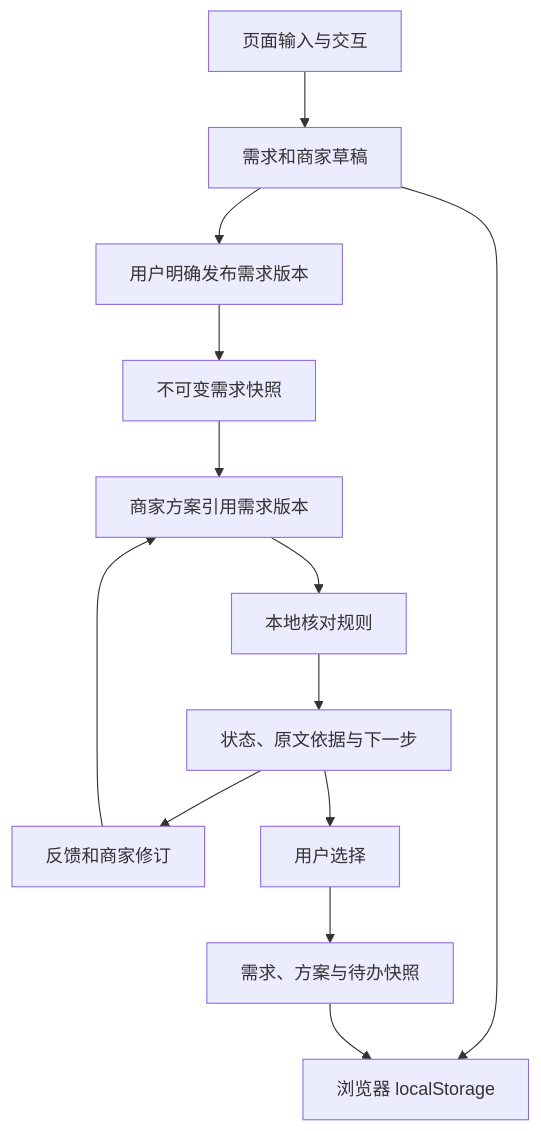
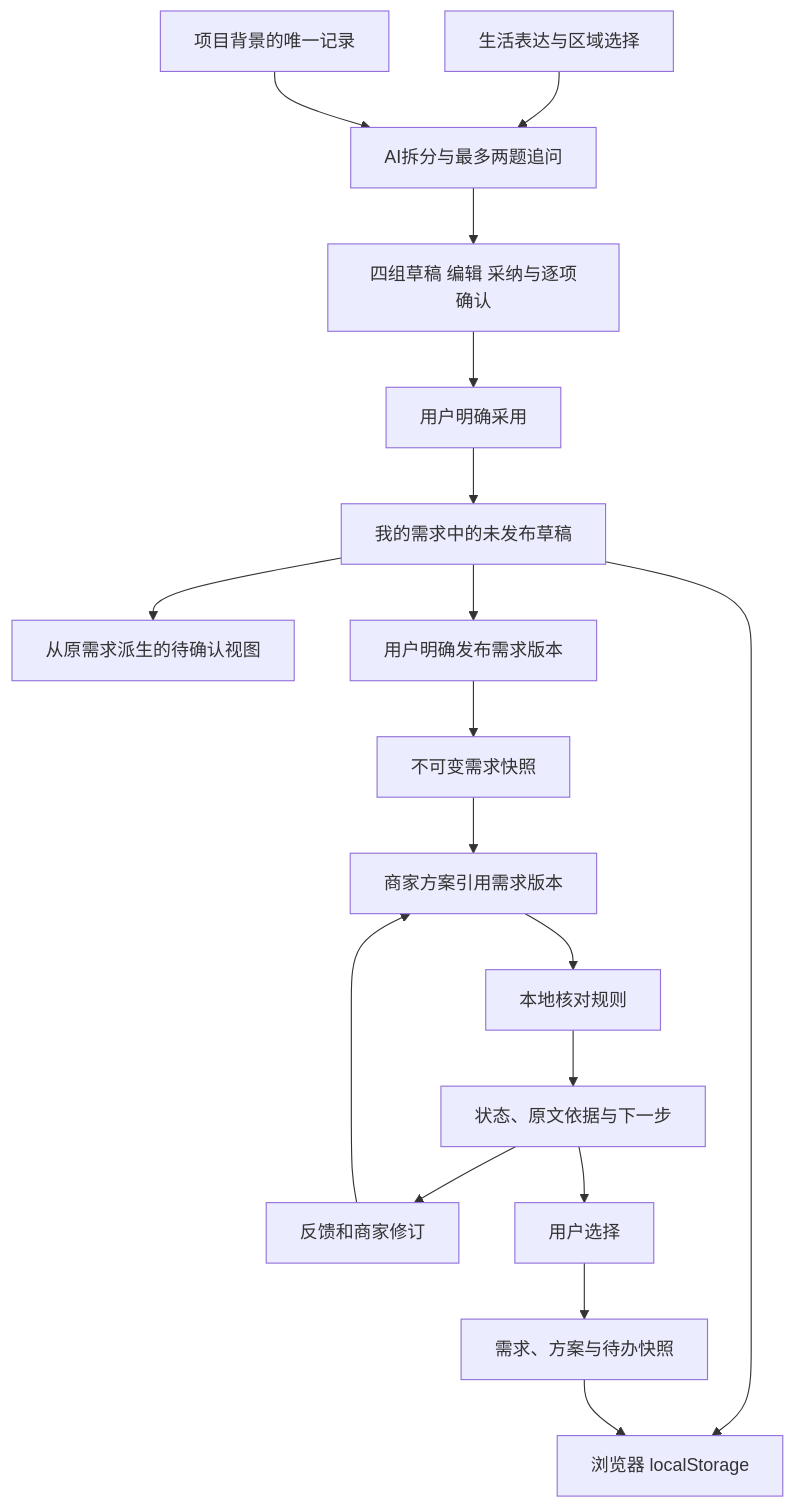
Before and after one commit to feifeifei686/bohack-project: the diagram in docs/architecture.md, drawn with Mermaid. The commit also changed other lines of this file and 113 other files, not shown here.

````diff
--- a/docs/architecture.md
+++ b/docs/architecture.md
@@ -38,15 +43,20 @@
 ```mermaid
 flowchart TD
-    UI[页面输入与交互] --> Draft[需求和商家草稿]
+    UI[生活表达与区域选择] --> AI[AI拆分与最多两题追问]
+    AI --> Intake[四组草稿 编辑 采纳与逐项确认]
+    Intake --> Adopt[用户明确采用]
+    Adopt --> Draft[我的需求中的未发布草稿]
+    Context[项目背景的唯一记录] --> AI
+    Draft --> Pending[从原需求派生的待确认视图]
     Draft --> Publish[用户明确发布需求版本]
     Publish --> Snapshot[不可变需求快照]
     Snapshot --> Proposal[商家方案引用需求版本]
     Proposal --> Rules[本地核对规则]
     Rules --> Findings[状态、原文依据与下一步]
     Findings --> Revise[反馈和商家修订]
     Revise --> Proposal
     Findings --> Select[用户选择]
     Select --> Archive[需求、方案与待办快照]
     Draft --> Storage[浏览器 localStorage]
     Archive --> Storage
 ```
````
